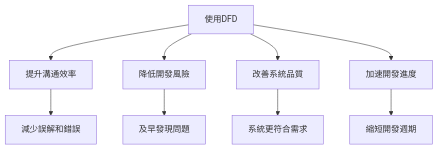
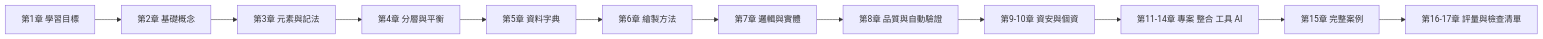
The first of 35 diagrams in content/posts/教學/分析與設計/資料流程圖(DFD)教學.md (chihhung/Blog), drawn with Mermaid before and after one commit. The commit also changed other lines of this file and 1 other file, not shown here.

````diff
--- a/content/posts/教學/分析與設計/資料流程圖(DFD)教學.md
+++ b/content/posts/教學/分析與設計/資料流程圖(DFD)教學.md
@@ -176,12 +275,14 @@
 ```mermaid
-graph TD
-    A[使用DFD] --> B[提升溝通效率]
-    A --> C[降低開發風險]
-    A --> D[改善系統品質]
-    A --> E[加速開發進度]
-    
-    B --> F[減少誤解和錯誤]
-    C --> G[及早發現問題]
-    D --> H[系統更符合需求]
-    E --> I[縮短開發週期]
+flowchart LR
+    A[第1章 學習目標] --> B[第2章 基礎概念]
+    B --> C[第3章 元素與記法]
+    C --> D[第4章 分層與平衡]
+    D --> E[第5章 資料字典]
+    E --> F[第6章 繪製方法]
+    F --> G[第7章 邏輯與實體]
+    G --> H[第8章 品質與自動驗證]
+    H --> I[第9-10章 資安與個資]
+    I --> J[第11-14章 專案 整合 工具 AI]
+    J --> K[第15章 完整案例]
+    K --> L[第16-17章 評量與檢查清單]
 ```
````
